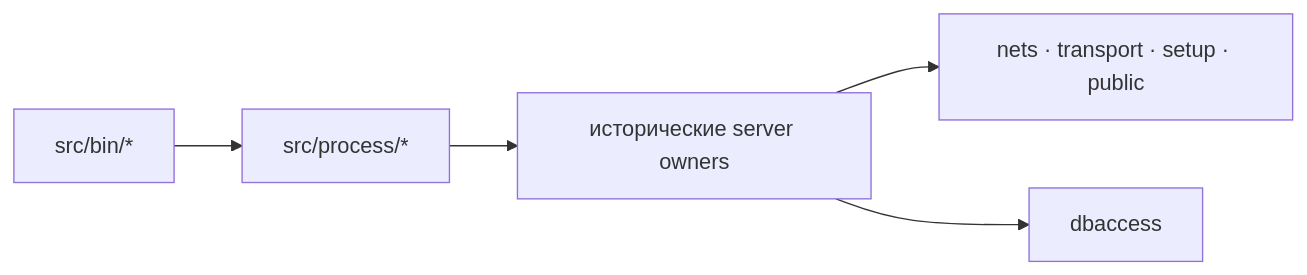
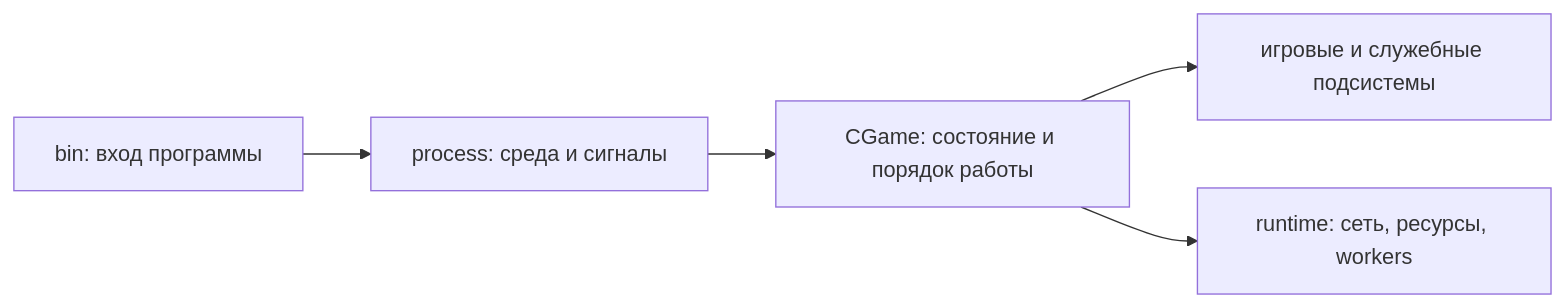
Before and after one commit to AsukaSuiD/Nebokrai: the diagram in docs/server/process-model.md, drawn with Mermaid. The commit also changed other lines of this file and 51 other files, not shown here.

````diff
--- a/docs/server/process-model.md
+++ b/docs/server/process-model.md
@@ -5,7 +5,7 @@
 ```mermaid
 flowchart LR
-  bin["src/bin/*"] --> process["src/process/*"]
-  process --> owners["исторические server owners"]
-  owners --> common["nets · transport · setup · public"]
-  owners --> db["dbaccess"]
+  bin["bin: вход программы"] --> process["process: среда и сигналы"]
+  process --> game["CGame: состояние и порядок работы"]
+  game --> domain["игровые и служебные подсистемы"]
+  game --> runtime["runtime: сеть, ресурсы, workers"]
 ```
````
